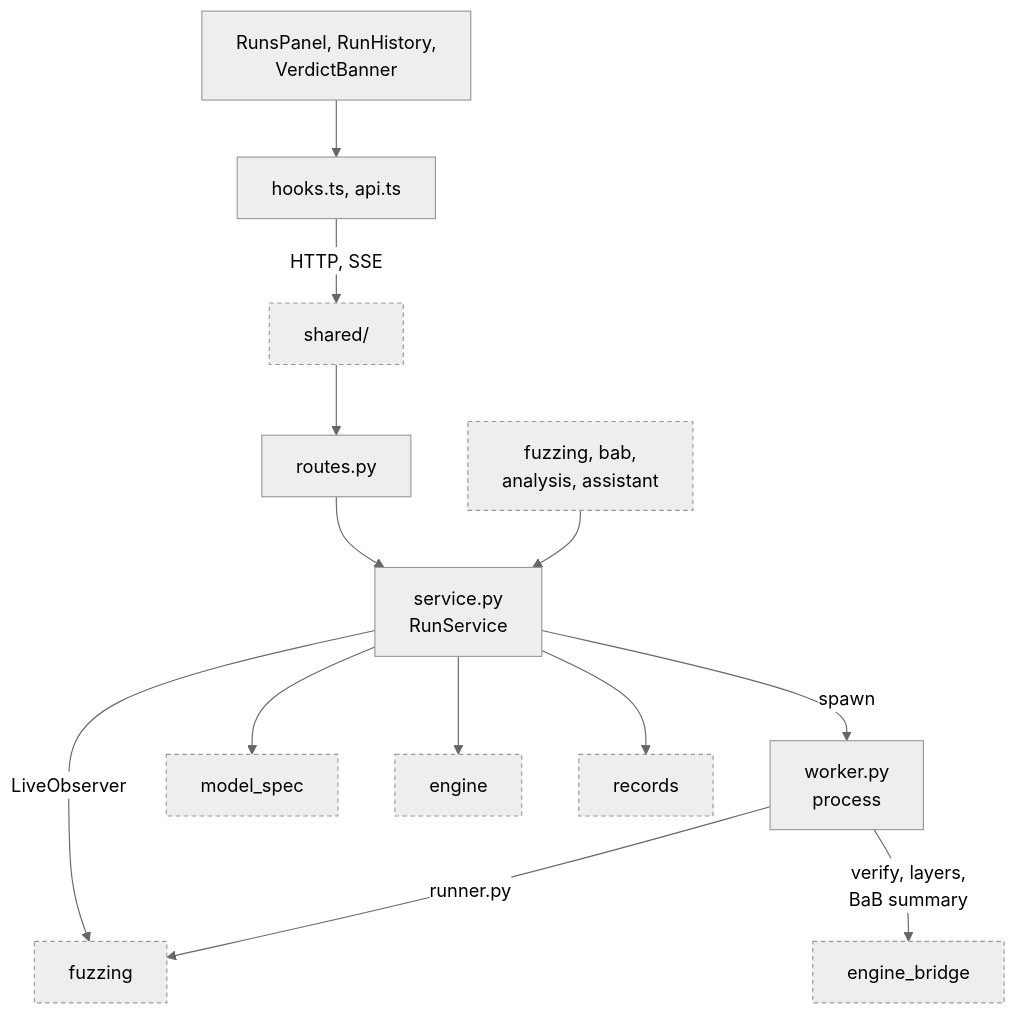
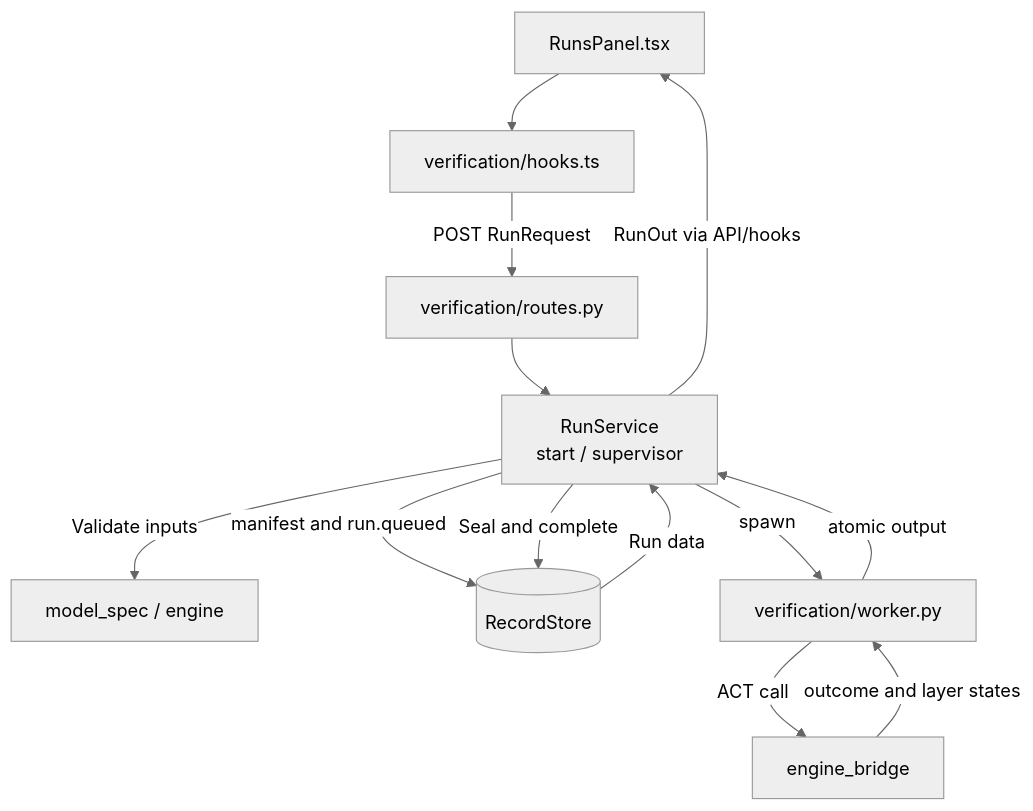
The first of 3 diagrams in visual_bench/verification/README.md (SVF-tools/ACT-GUI), drawn with Mermaid (neutral theme) before and after one commit. The commit also changed other lines of this file and 20 other files, not shown here.

````diff
--- a/visual_bench/verification/README.md
+++ b/visual_bench/verification/README.md
@@ -27,26 +25,15 @@
 ```mermaid
 flowchart TB
-  classDef ext stroke-dasharray: 4 3
-  Views["RunsPanel, RunHistory,<br/>VerdictBanner"]
-  H["hooks.ts, api.ts"]
-  SH["shared/"]:::ext
-  R["routes.py"]
-  S["service.py<br/>RunService"]
-  Wk["worker.py<br/>process"]
-  CAL["fuzzing, bab,<br/>analysis, assistant"]:::ext
-  MS["model_spec"]:::ext
-  EN["engine"]:::ext
-  REC["records"]:::ext
-  FZ["fuzzing"]:::ext
-  EB["engine_bridge"]:::ext
-  Views --> H
-  H -- "HTTP, SSE" --> SH
-  SH --> R
-  R --> S
-  CAL --> S
-  S --> MS & EN & REC
-  S -- "LiveObserver" --> FZ
-  S -- "spawn" --> Wk
-  Wk -- "runner.py" --> FZ
-  Wk -- "verify, layers,<br/>BaB summary" --> EB
+  View["RunsPanel.tsx"] --> Hook["verification/hooks.ts"]
+  Hook -- "POST RunRequest" --> Route["verification/routes.py"]
+  Route --> Service["RunService<br/>start / supervisor"]
+  Service -- "Validate inputs" --> Neighbors["model_spec / engine"]
+  Service -- "manifest and run.queued" --> Records[("RecordStore")]
+  Service -- "spawn" --> Worker["verification/worker.py"]
+  Worker -- "ACT call" --> Bridge["engine_bridge"]
+  Bridge -- "outcome and layer states" --> Worker
+  Worker -- "atomic output" --> Service
+  Service -- "Seal and complete" --> Records
+  Records -- "Run data" --> Service
+  Service -- "RunOut via API/hooks" --> View
 ```
````
